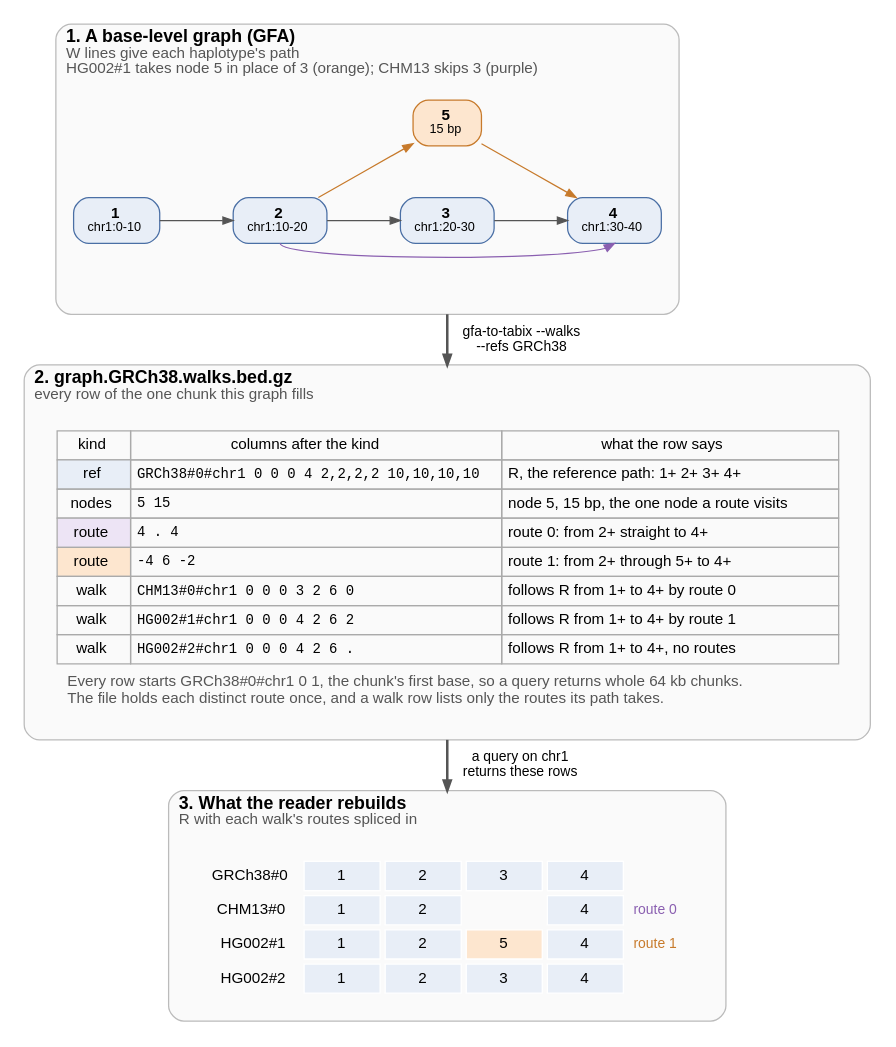
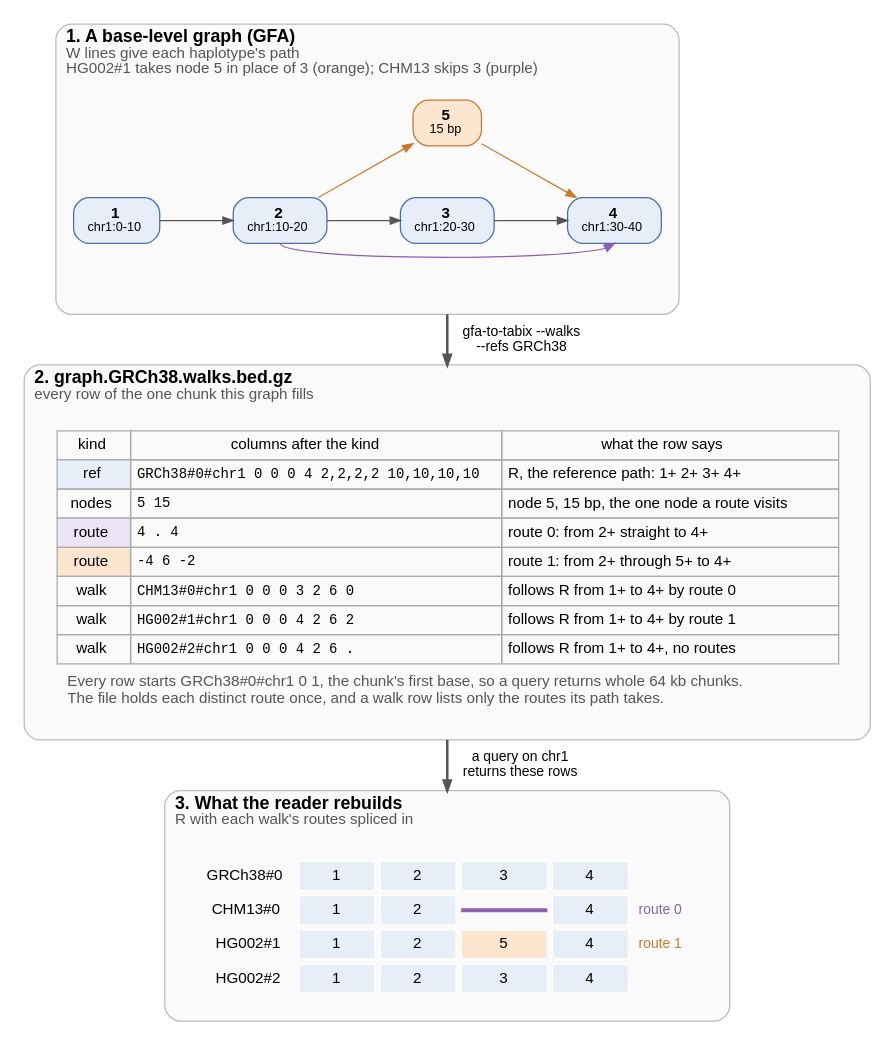
One commit to GMOD/gfa-to-tabix changed the diagram in docs/figures/walks-detail.dot. Above: the diagram before and after it, drawn with Graphviz. The commit also changed 6 other files, not shown here.

First line of the commit message:
Walks figure: bridge the node CHM13 skips; README links JBrowse setup; skimmable subcommands

```diff
--- a/docs/figures/walks-detail.dot
+++ b/docs/figures/walks-detail.dot
@@ -1,74 +1,74 @@
 // scripts/figures.py fills the marked rows from the tool's output and draws this figure
 digraph walks {
   bgcolor="white"
   fontname="Helvetica"
   newrank=true
   compound=true
   nodesep=0.4
   ranksep=0.55
   node [fontname="Helvetica", fontsize=12, shape=box, style="filled,rounded", fillcolor="#e8eef7", color="#4a6fa5", margin="0.15,0.06"]
   edge [fontname="Helvetica", fontsize=11, color="#555555", arrowsize=0.8]
 
   subgraph {
     graph [labeljust=l, fontsize=14, color="#bbbbbb", style="rounded,filled", fillcolor="#fafafa", margin=14]
 
     subgraph cluster_graph {
       label=<<B>1. A base-level graph (GFA)</B><BR ALIGN="LEFT"/><FONT POINT-SIZE="12" COLOR="#555555">W lines give each haplotype's path</FONT><BR ALIGN="LEFT"/><FONT POINT-SIZE="12" COLOR="#555555">HG002#1 takes node 5 in place of 3 (orange); CHM13 skips 3 (purple)</FONT><BR ALIGN="LEFT"/>>
       // begin graph
       n1 [label=<<B>1</B><BR/><FONT POINT-SIZE="10">chr1:0-10</FONT>>]
       n2 [label=<<B>2</B><BR/><FONT POINT-SIZE="10">chr1:10-20</FONT>>]
       n3 [label=<<B>3</B><BR/><FONT POINT-SIZE="10">chr1:20-30</FONT>>]
       n4 [label=<<B>4</B><BR/><FONT POINT-SIZE="10">chr1:30-40</FONT>>]
       n5 [label=<<B>5</B><BR/><FONT POINT-SIZE="10">15 bp</FONT>>, fillcolor="#fde6cf", color="#c77a2b"]
       {rank=same; n1; n2; n3; n4}
       n1 -> n2 [weight=20]
       n2 -> n3 [weight=20]
       n3 -> n4 [weight=20]
       n2 -> n5 [color="#c77a2b", constraint=false]
       n5 -> n4 [color="#c77a2b", constraint=false]
       n2:s -> n4:s [color="#8a5fb0", constraint=false]
       n5 -> n3 [style=invis, weight=20]
       nbelow [style=invis, label="", width=0, height=0]
       n3 -> nbelow [style=invis]
       // end graph
     }
 
     subgraph cluster_file {
       label=<<B>2. graph.GRCh38.walks.bed.gz</B><BR ALIGN="LEFT"/><FONT POINT-SIZE="12" COLOR="#555555">every row of the one chunk this graph fills</FONT><BR ALIGN="LEFT"/>>
       rows [shape=plaintext, style="", label=<
         <TABLE BORDER="0" CELLBORDER="1" CELLSPACING="0" CELLPADDING="4" COLOR="#aaaaaa">
           <TR BGCOLOR="#dddddd"><TD>kind</TD><TD>columns after the kind</TD><TD>what the row says</TD></TR>
           <!-- begin rows -->
           <TR><TD BGCOLOR="#e8eef7">ref</TD><TD ALIGN="LEFT"><FONT FACE="Courier" POINT-SIZE="11">GRCh38#0#chr1 0 0 0 4 2,2,2,2 10,10,10,10</FONT></TD><TD ALIGN="LEFT">R, the reference path: 1+ 2+ 3+ 4+</TD></TR>
           <TR><TD>nodes</TD><TD ALIGN="LEFT"><FONT FACE="Courier" POINT-SIZE="11">5 15</FONT></TD><TD ALIGN="LEFT">node 5, 15 bp, the one node a route visits</TD></TR>
           <TR><TD BGCOLOR="#ede4f5">route</TD><TD ALIGN="LEFT"><FONT FACE="Courier" POINT-SIZE="11">4 . 4</FONT></TD><TD ALIGN="LEFT">route 0: from 2+ straight to 4+</TD></TR>
           <TR><TD BGCOLOR="#fde6cf">route</TD><TD ALIGN="LEFT"><FONT FACE="Courier" POINT-SIZE="11">-4 6 -2</FONT></TD><TD ALIGN="LEFT">route 1: from 2+ through 5+ to 4+</TD></TR>
           <TR><TD>walk</TD><TD ALIGN="LEFT"><FONT FACE="Courier" POINT-SIZE="11">CHM13#0#chr1 0 0 0 3 2 6 0</FONT></TD><TD ALIGN="LEFT">follows R from 1+ to 4+ by route 0</TD></TR>
           <TR><TD>walk</TD><TD ALIGN="LEFT"><FONT FACE="Courier" POINT-SIZE="11">HG002#1#chr1 0 0 0 4 2 6 2</FONT></TD><TD ALIGN="LEFT">follows R from 1+ to 4+ by route 1</TD></TR>
           <TR><TD>walk</TD><TD ALIGN="LEFT"><FONT FACE="Courier" POINT-SIZE="11">HG002#2#chr1 0 0 0 4 2 6 .</FONT></TD><TD ALIGN="LEFT">follows R from 1+ to 4+, no routes</TD></TR>
           <!-- end rows -->
           <!-- begin caption -->
           <TR><TD BORDER="0" CELLPADDING="8" COLSPAN="3" ALIGN="LEFT" BALIGN="LEFT"><FONT POINT-SIZE="12" COLOR="#555555">Every row starts GRCh38#0#chr1 0 1, the chunk's first base, so a query returns whole 64 kb chunks.<BR/>The file holds each distinct route once, and a walk row lists only the routes its path takes.</FONT></TD></TR>
           <!-- end caption -->
         </TABLE>>]
     }
 
     subgraph cluster_rebuilt {
       label=<<B>3. What the reader rebuilds</B><BR ALIGN="LEFT"/><FONT POINT-SIZE="12" COLOR="#555555">R with each walk's routes spliced in</FONT><BR ALIGN="LEFT"/>>
       rebuilt [shape=plaintext, style="", label=<
         <TABLE BORDER="0" CELLBORDER="1" CELLSPACING="4" CELLPADDING="4" COLOR="#ffffff">
           <!-- begin rebuilt -->
           <TR><TD BORDER="0" ALIGN="RIGHT">GRCh38#0</TD><TD WIDTH="60" BGCOLOR="#e8eef7">1</TD><TD WIDTH="60" BGCOLOR="#e8eef7">2</TD><TD WIDTH="60" BGCOLOR="#e8eef7">3</TD><TD WIDTH="60" BGCOLOR="#e8eef7">4</TD><TD BORDER="0" ALIGN="LEFT"></TD></TR>
-          <TR><TD BORDER="0" ALIGN="RIGHT">CHM13#0</TD><TD BGCOLOR="#e8eef7">1</TD><TD BGCOLOR="#e8eef7">2</TD><TD BORDER="0"></TD><TD BGCOLOR="#e8eef7">4</TD><TD BORDER="0" ALIGN="LEFT"><FONT POINT-SIZE="11" COLOR="#8a5fb0">route 0</FONT></TD></TR>
+          <TR><TD BORDER="0" ALIGN="RIGHT">CHM13#0</TD><TD BGCOLOR="#e8eef7">1</TD><TD BGCOLOR="#e8eef7">2</TD><TD BORDER="0" CELLPADDING="0"><TABLE BORDER="0" CELLSPACING="0" CELLPADDING="0"><TR><TD FIXEDSIZE="TRUE" HEIGHT="3" WIDTH="68" BGCOLOR="#8a5fb0"></TD></TR></TABLE></TD><TD BGCOLOR="#e8eef7">4</TD><TD BORDER="0" ALIGN="LEFT"><FONT POINT-SIZE="11" COLOR="#8a5fb0">route 0</FONT></TD></TR>
           <TR><TD BORDER="0" ALIGN="RIGHT">HG002#1</TD><TD BGCOLOR="#e8eef7">1</TD><TD BGCOLOR="#e8eef7">2</TD><TD BGCOLOR="#fde6cf">5</TD><TD BGCOLOR="#e8eef7">4</TD><TD BORDER="0" ALIGN="LEFT"><FONT POINT-SIZE="11" COLOR="#c77a2b">route 1</FONT></TD></TR>
           <TR><TD BORDER="0" ALIGN="RIGHT">HG002#2</TD><TD BGCOLOR="#e8eef7">1</TD><TD BGCOLOR="#e8eef7">2</TD><TD BGCOLOR="#e8eef7">3</TD><TD BGCOLOR="#e8eef7">4</TD><TD BORDER="0" ALIGN="LEFT"></TD></TR>
           <!-- end rebuilt -->
         </TABLE>>]
     }
   }
 
   // begin arrows
   nbelow -> rows [ltail=cluster_graph, lhead=cluster_file, label="  gfa-to-tabix --walks\n  --refs GRCh38", penwidth=2]
   rows -> rebuilt [ltail=cluster_file, lhead=cluster_rebuilt, label="  a query on chr1\n  returns these rows", penwidth=2]
   // end arrows
 }
```
